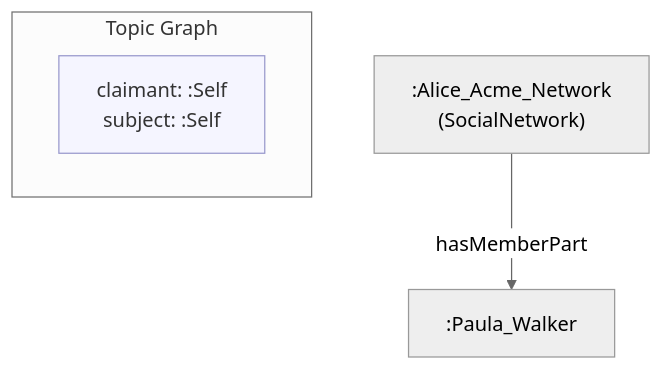
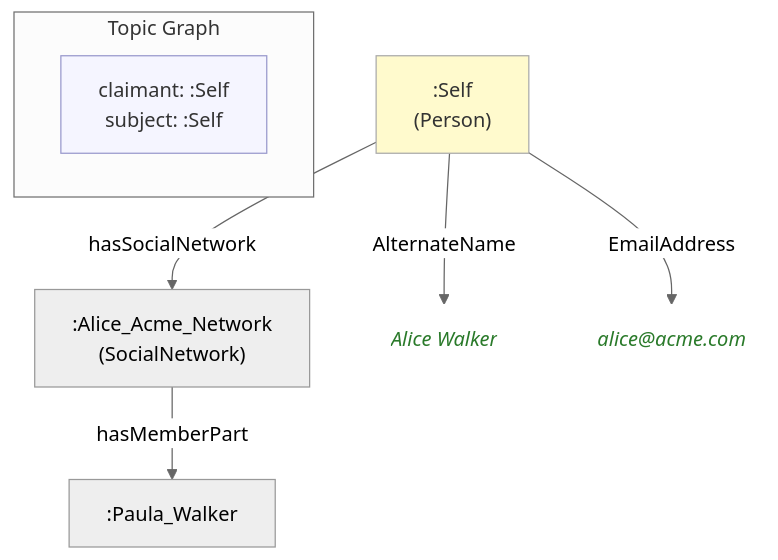
Before and after one commit to MeeFoundation/mia-ontologies: the diagram in example/topics/images/self.self(Paula-Walker)(employee)(20).mmd, drawn with Mermaid (neutral theme). The commit also changed 50 other files, not shown here.

```diff
--- a/example/topics/images/self.self(Paula-Walker)(employee)(20).mmd
+++ b/example/topics/images/self.self(Paula-Walker)(employee)(20).mmd
@@ -1,16 +1,22 @@
 flowchart TD
     classDef person fill:#fffacd,stroke:#aaa,color:#333
     classDef grp    fill:#d4edda,stroke:#aaa,color:#333
     classDef org    fill:#cce5ff,stroke:#aaa,color:#333
     classDef lit    fill:none,stroke:none,font-style:italic,color:#2a7a2a
     classDef meta   fill:#f5f5ff,stroke:#9999cc,color:#333
 
     subgraph ctx["Topic Graph"]
         direction LR
         ctx_meta["claimant: :Self\nsubject: :Self"]:::meta
     end
 
     n2ed3865285b0[":Alice_Acme_Network\n(SocialNetwork)"]
     nb654756d5ced[":Paula_Walker"]
+    ne0c3ba92f1db[":Self\n(Person)"]:::person
+    n7a23ae638ab2("Alice Walker"):::lit
+    n13be40399db7("alice@acme.com"):::lit
 
     n2ed3865285b0 -->|"hasMemberPart"| nb654756d5ced
+    ne0c3ba92f1db -->|"AlternateName"| n7a23ae638ab2
+    ne0c3ba92f1db -->|"EmailAddress"| n13be40399db7
+    ne0c3ba92f1db -->|"hasSocialNetwork"| n2ed3865285b0
```
